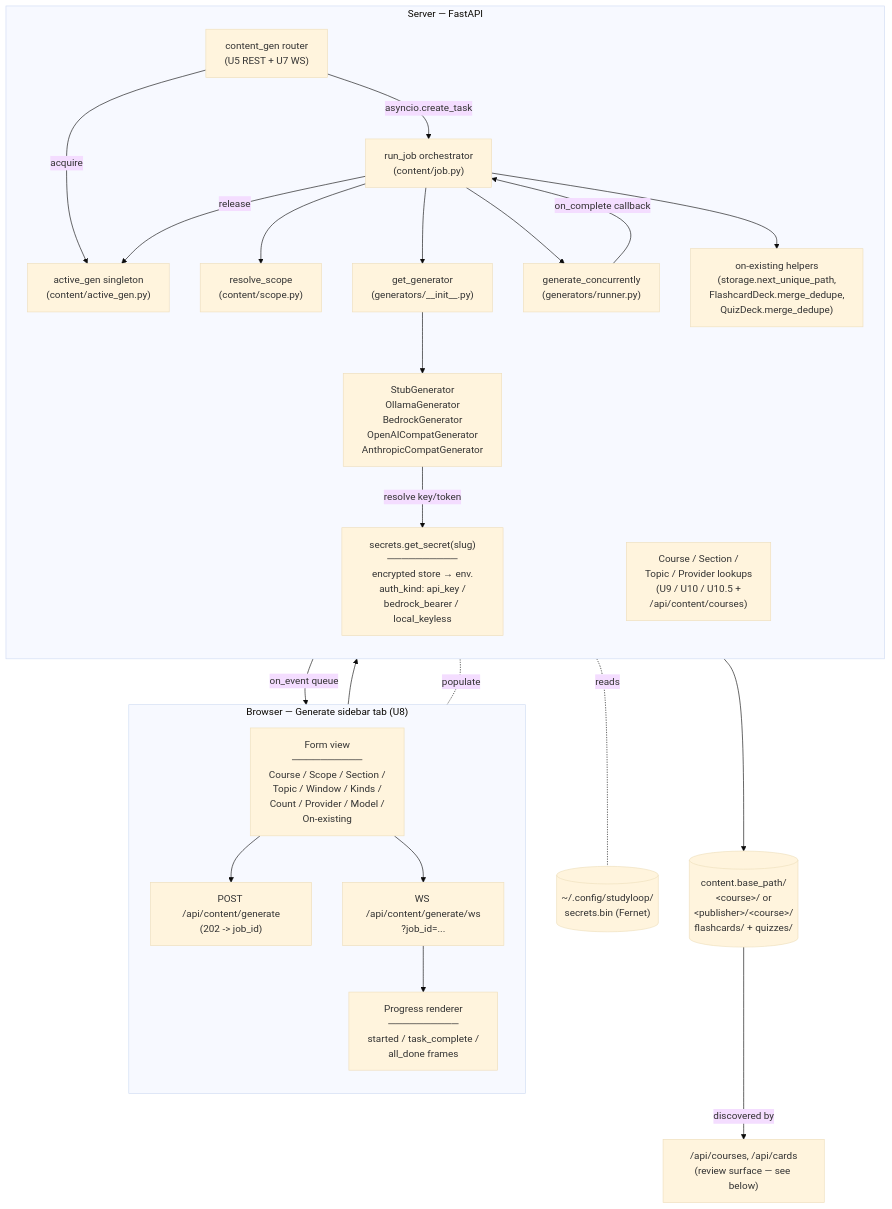
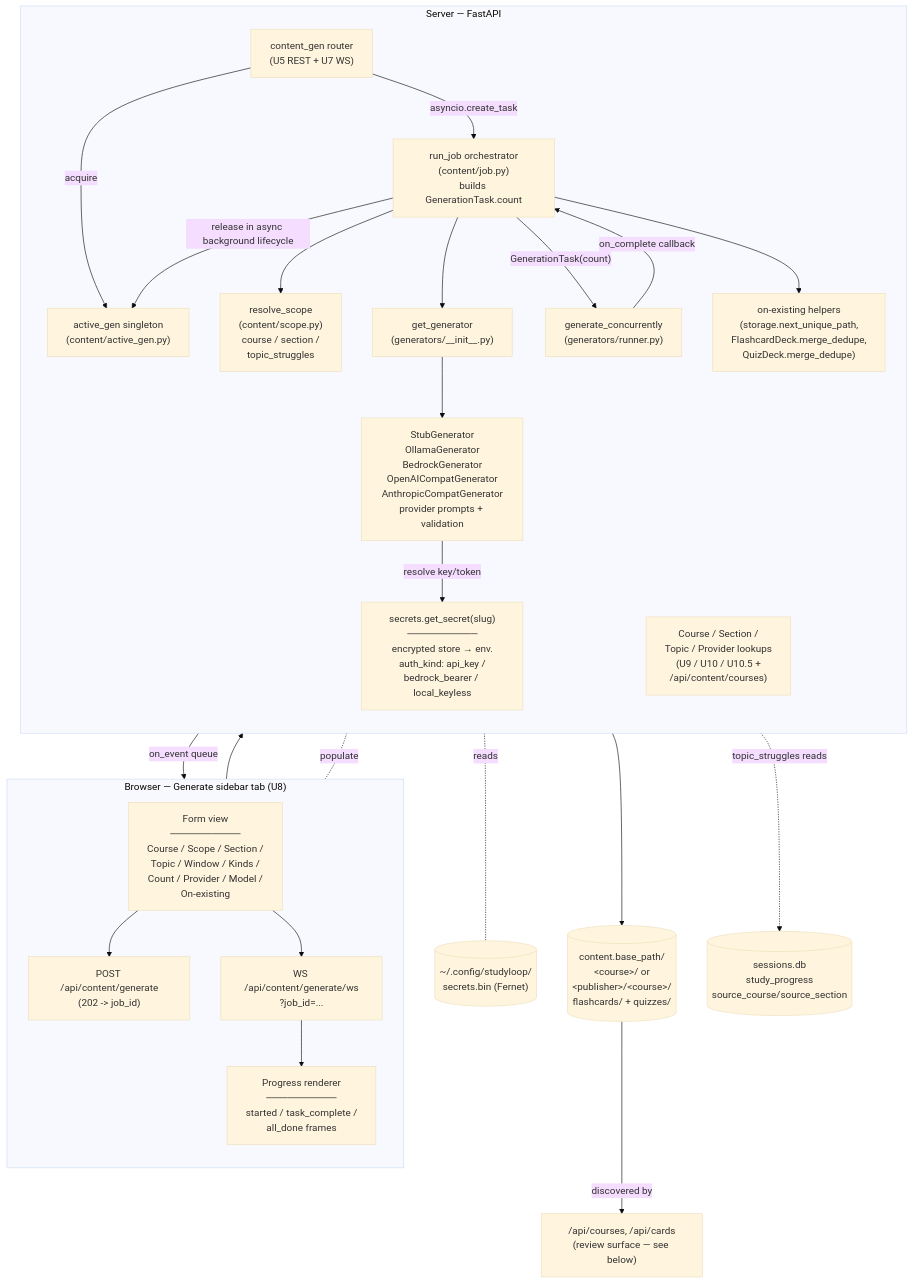
The sixth of 11 diagrams in docs/architecture/current.md (NetDevAutomate/StudyLoop), drawn with Mermaid (base theme) before and after one commit. The commit also changed other lines of this file and 6 other files, not shown here.

First line of the commit message:
docs: align wave quality architecture docs

````diff
--- a/docs/architecture/current.md
+++ b/docs/architecture/current.md
@@ -295,50 +327,51 @@
 ```mermaid
 flowchart TB
     subgraph Browser["Browser — Generate sidebar tab (U8)"]
       direction TB
       Form["Form view<br/>──────────<br/>Course / Scope / Section /<br/>Topic / Window / Kinds /<br/>Count / Provider / Model /<br/>On-existing"]
       RestCall["POST /api/content/generate<br/>(202 -> job_id)"]
       WsOpen["WS /api/content/generate/ws<br/>?job_id=..."]
       ProgressUI["Progress renderer<br/>──────────<br/>started / task_complete /<br/>all_done frames"]
     end
 
     subgraph Backend["Server — FastAPI"]
       direction TB
       Routes["content_gen router<br/>(U5 REST + U7 WS)"]
       Discover["Course / Section /<br/>Topic / Provider lookups<br/>(U9 / U10 / U10.5 +<br/>/api/content/courses)"]
       Single["active_gen singleton<br/>(content/active_gen.py)"]
-      Job["run_job orchestrator<br/>(content/job.py)"]
-      Scope["resolve_scope<br/>(content/scope.py)"]
+      Job["run_job orchestrator<br/>(content/job.py)<br/>builds GenerationTask.count"]
+      Scope["resolve_scope<br/>(content/scope.py)<br/>course / section /<br/>topic_struggles"]
       Runner["generate_concurrently<br/>(generators/runner.py)"]
       Factory["get_generator<br/>(generators/__init__.py)"]
-      Adapters["StubGenerator<br/>OllamaGenerator<br/>BedrockGenerator<br/>OpenAICompatGenerator<br/>AnthropicCompatGenerator"]
+      Adapters["StubGenerator<br/>OllamaGenerator<br/>BedrockGenerator<br/>OpenAICompatGenerator<br/>AnthropicCompatGenerator<br/>provider prompts + validation"]
       Secrets["secrets.get_secret(slug)<br/>──────────<br/>encrypted store → env.<br/>auth_kind: api_key /<br/>bedrock_bearer / local_keyless"]
       Helpers["on-existing helpers<br/>(storage.next_unique_path,<br/>FlashcardDeck.merge_dedupe,<br/>QuizDeck.merge_dedupe)"]
     end
 
     Store[("~/.config/studyloop/<br/>secrets.bin (Fernet)")]
     Disk[("content.base_path/<br/>&lt;course&gt;/ or<br/>&lt;publisher&gt;/&lt;course&gt;/<br/>flashcards/ + quizzes/")]
     Reviewer["/api/courses, /api/cards<br/>(review surface — see below)"]
 
     Form --> RestCall --> Routes
     Form --> WsOpen
     Routes -->|acquire| Single
     Routes -->|"asyncio.create_task"| Job
     Routes -->|on_event queue| WsOpen
     WsOpen --> ProgressUI
 
     Form -.populate.- Discover
 
     Job --> Scope
     Job --> Factory
     Factory --> Adapters
     Adapters -->|"resolve key/token"| Secrets
     Secrets -.reads.- Store
-    Job --> Runner
+    Scope -.->|"topic_struggles reads"| StudyProgress[("sessions.db<br/>study_progress<br/>source_course/source_section")]
+    Job -->|"GenerationTask(count)"| Runner
     Runner -->|"on_complete callback"| Job
     Job --> Helpers
     Helpers --> Disk
-    Job -->|release| Single
+    Job -->|"release in async background lifecycle"| Single
 
     Disk -->|discovered by| Reviewer
 ```
````
